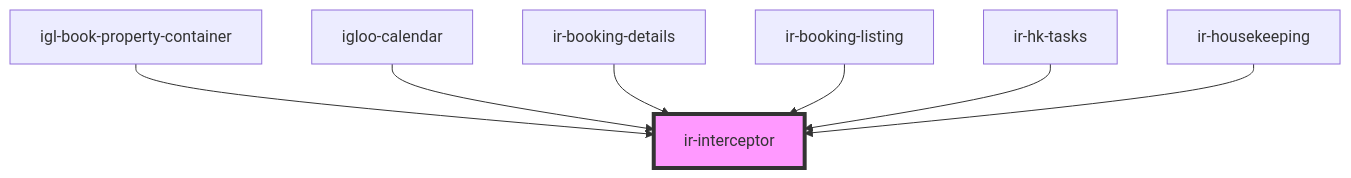
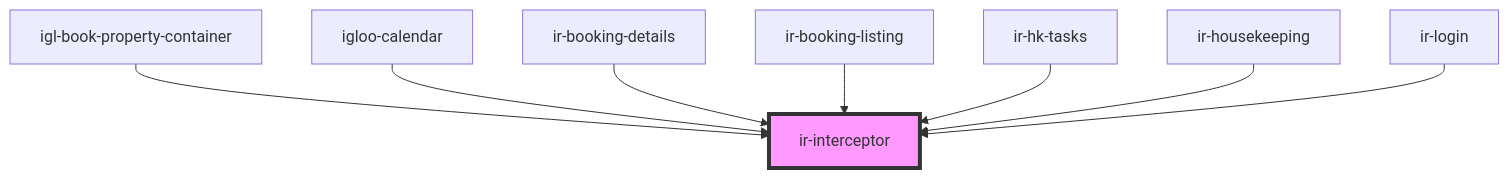
One commit to David1Chowaifaty/modified-ir-webcmp changed the diagram in src/components/ir-interceptor/readme.md. Above: the diagram before and after it, drawn with Mermaid. The commit also changed other lines of this file and 26 other files, not shown here.

````diff
--- a/src/components/ir-interceptor/readme.md
+++ b/src/components/ir-interceptor/readme.md
@@ -34,10 +35,11 @@
 ```mermaid
 graph TD;
   igl-book-property-container --> ir-interceptor
   igloo-calendar --> ir-interceptor
   ir-booking-details --> ir-interceptor
   ir-booking-listing --> ir-interceptor
   ir-hk-tasks --> ir-interceptor
   ir-housekeeping --> ir-interceptor
+  ir-login --> ir-interceptor
   style ir-interceptor fill:#f9f,stroke:#333,stroke-width:4px
 ```
````
